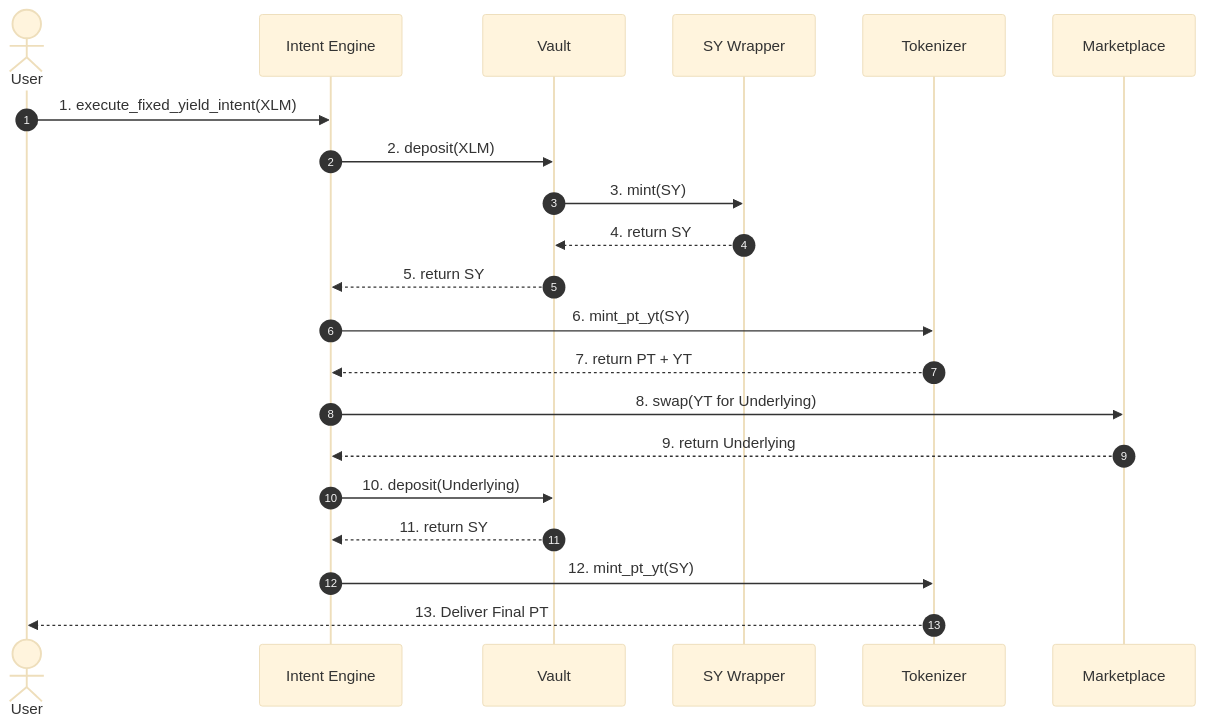
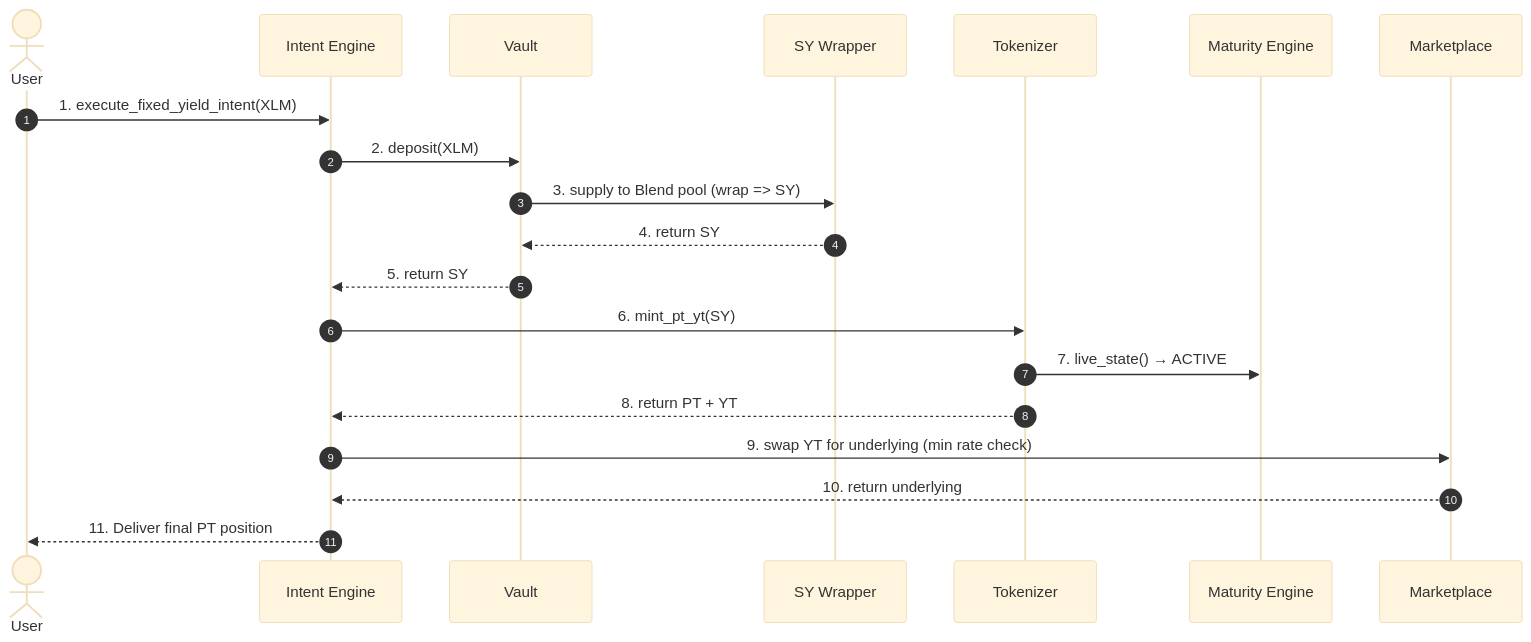
Before and after one commit to Novaire-tech/novaire-testnet: the second of 2 diagrams in docs/protocol/CONTRACTS.md, drawn with Mermaid (base theme). The commit also changed other lines of this file and 4 other files, not shown here.

````diff
--- a/docs/protocol/CONTRACTS.md
+++ b/docs/protocol/CONTRACTS.md
@@ -130,24 +155,23 @@
 ```mermaid
 sequenceDiagram
     autonumber
     actor User
-    participant IntentEngine as Intent Engine
+    participant IE as Intent Engine
     participant Vault
-    participant SYWrapper as SY Wrapper
-    participant Tokenizer
-    participant Marketplace
+    participant SY as SY Wrapper
+    participant T as Tokenizer
+    participant ME as Maturity Engine
+    participant M as Marketplace
 
-    User->>IntentEngine: 1. execute_fixed_yield_intent(XLM)
-    IntentEngine->>Vault: 2. deposit(XLM)
-    Vault->>SYWrapper: 3. mint(SY)
-    SYWrapper-->>Vault: 4. return SY
-    Vault-->>IntentEngine: 5. return SY
-    IntentEngine->>Tokenizer: 6. mint_pt_yt(SY)
-    Tokenizer-->>IntentEngine: 7. return PT + YT
-    IntentEngine->>Marketplace: 8. swap(YT for Underlying)
-    Marketplace-->>IntentEngine: 9. return Underlying
-    IntentEngine->>Vault: 10. deposit(Underlying)
-    Vault-->>IntentEngine: 11. return SY
-    IntentEngine->>Tokenizer: 12. mint_pt_yt(SY)
-    Tokenizer-->>User: 13. Deliver Final PT
+    User->>IE: 1. execute_fixed_yield_intent(XLM)
+    IE->>Vault: 2. deposit(XLM)
+    Vault->>SY: 3. supply to Blend pool (wrap => SY)
+    SY-->>Vault: 4. return SY
+    Vault-->>IE: 5. return SY
+    IE->>T: 6. mint_pt_yt(SY)
+    T->>ME: 7. live_state() → ACTIVE
+    T-->>IE: 8. return PT + YT
+    IE->>M: 9. swap YT for underlying (min rate check)
+    M-->>IE: 10. return underlying
+    IE-->>User: 11. Deliver final PT position
 ```
````
